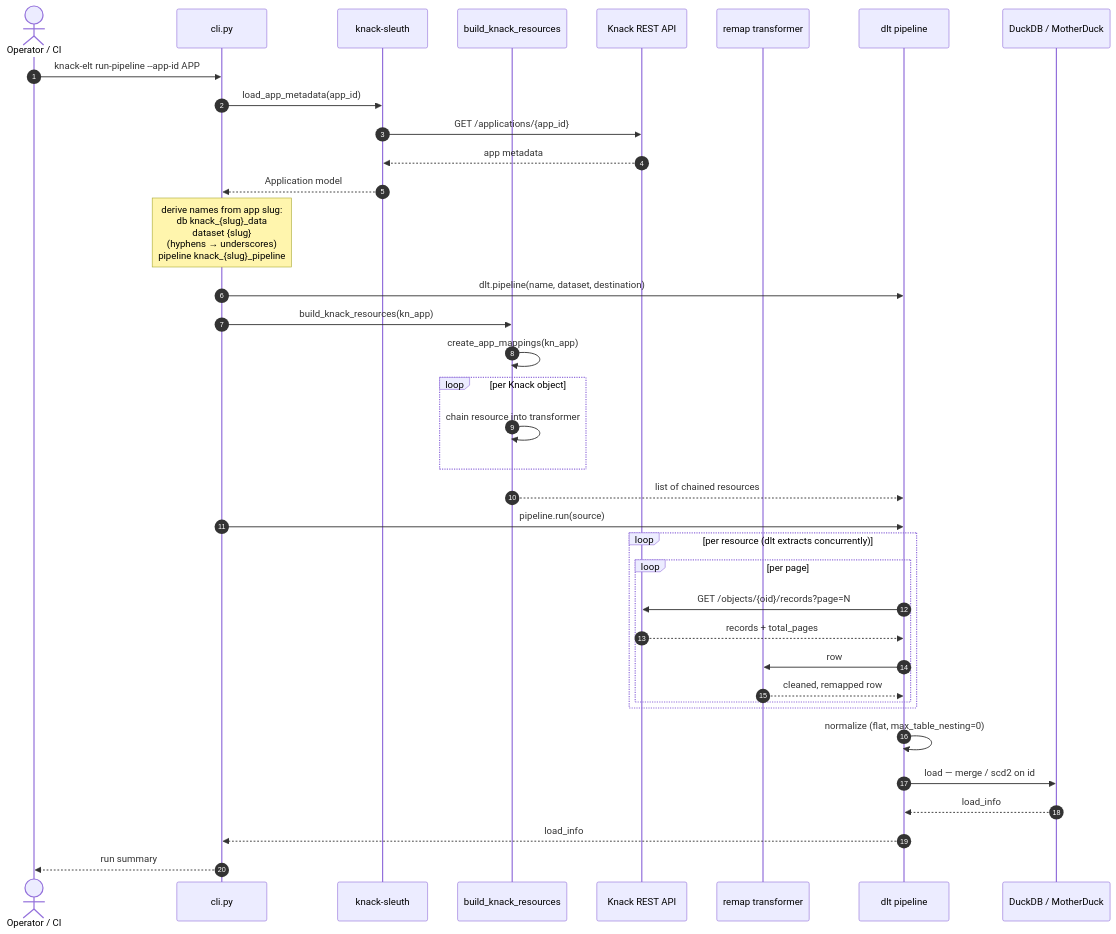
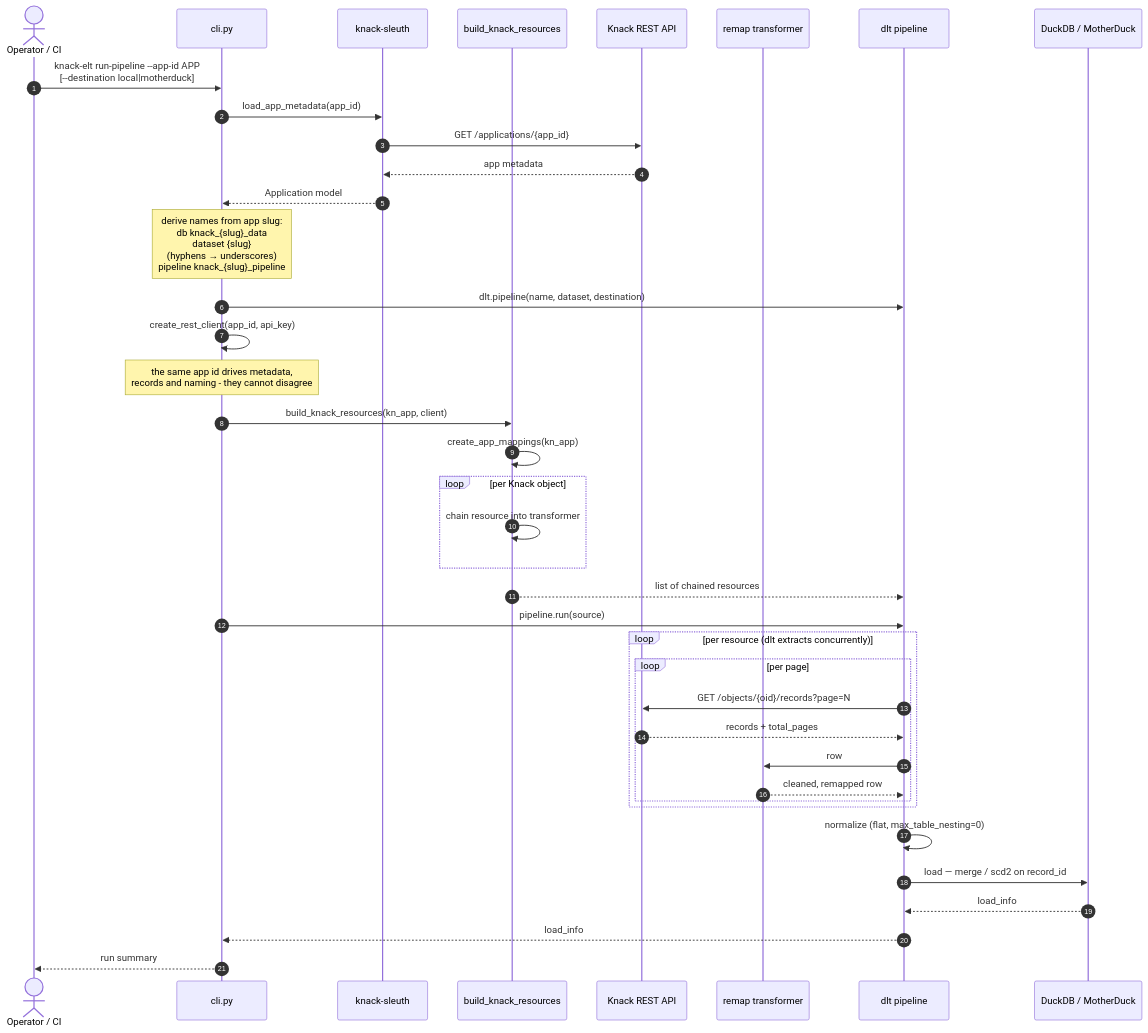
The fourth of 5 diagrams in docs/ARCHITECTURE.md (mcmasty/knack-elt), drawn with Mermaid before and after one commit. The commit also changed other lines of this file and 10 other files, not shown here.

````diff
--- a/docs/ARCHITECTURE.md
+++ b/docs/ARCHITECTURE.md
@@ -248,46 +262,50 @@
 ```mermaid
 sequenceDiagram
     autonumber
     actor Dev as Operator / CI
     participant CLI as cli.py
     participant Sleuth as knack-sleuth
     participant Src as build_knack_resources
     participant Knack as Knack REST API
     participant Trf as remap transformer
     participant DLT as dlt pipeline
     participant Dest as DuckDB / MotherDuck
 
-    Dev->>CLI: knack-elt run-pipeline --app-id APP
+    Dev->>CLI: knack-elt run-pipeline --app-id APP<br/>[--destination local|motherduck]
     CLI->>Sleuth: load_app_metadata(app_id)
     Sleuth->>Knack: GET /applications/{app_id}
     Knack-->>Sleuth: app metadata
     Sleuth-->>CLI: Application model
 
     Note over CLI: derive names from app slug:<br/>db knack_{slug}_data<br/>dataset {slug}<br/>(hyphens → underscores)<br/>pipeline knack_{slug}_pipeline
 
     CLI->>DLT: dlt.pipeline(name, dataset, destination)
-    CLI->>Src: build_knack_resources(kn_app)
+    CLI->>CLI: create_rest_client(app_id, api_key)
+
+    Note over CLI: the same app id drives metadata,<br/>records and naming - they cannot disagree
+
+    CLI->>Src: build_knack_resources(kn_app, client)
     Src->>Src: create_app_mappings(kn_app)
 
     loop per Knack object
         Src->>Src: chain resource into transformer
     end
     Src-->>DLT: list of chained resources
 
     CLI->>DLT: pipeline.run(source)
 
     loop per resource (dlt extracts concurrently)
         loop per page
             DLT->>Knack: GET /objects/{oid}/records?page=N
             Knack-->>DLT: records + total_pages
             DLT->>Trf: row
             Trf-->>DLT: cleaned, remapped row
         end
     end
 
     DLT->>DLT: normalize (flat, max_table_nesting=0)
-    DLT->>Dest: load — merge / scd2 on id
+    DLT->>Dest: load — merge / scd2 on record_id
     Dest-->>DLT: load_info
     DLT-->>CLI: load_info
     CLI-->>Dev: run summary
 ```
````
